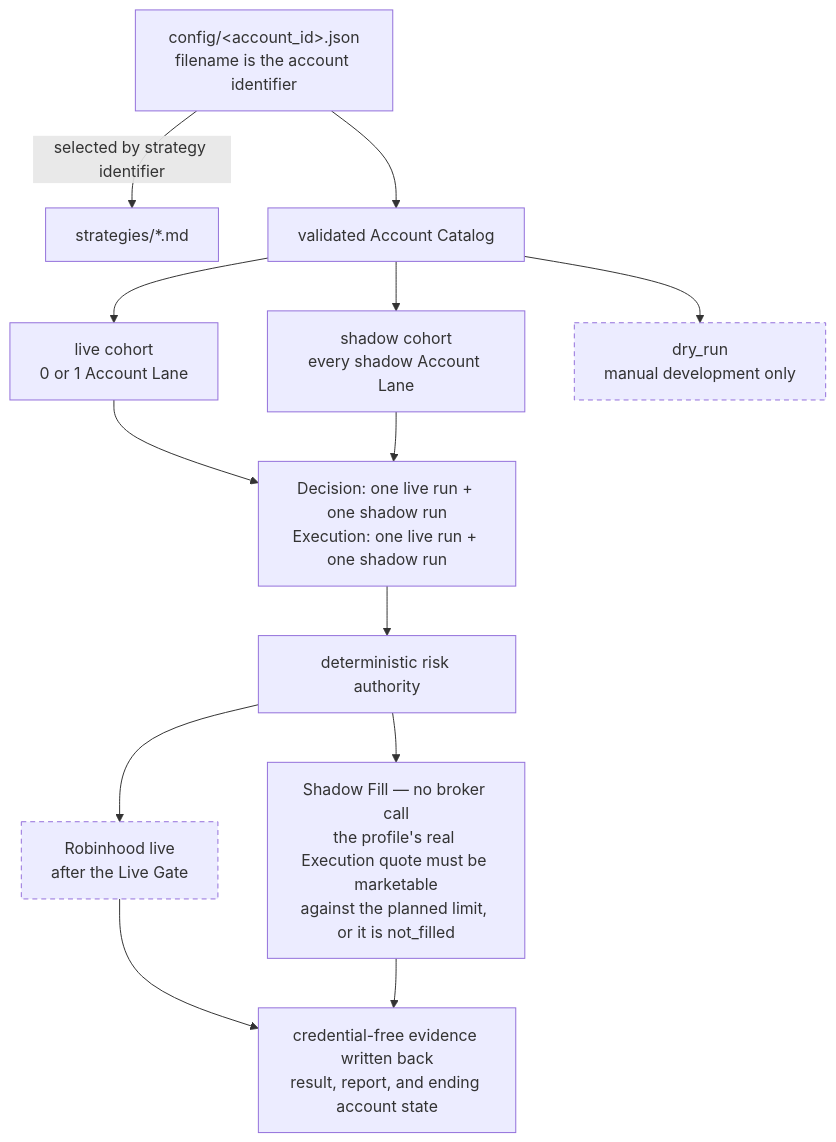
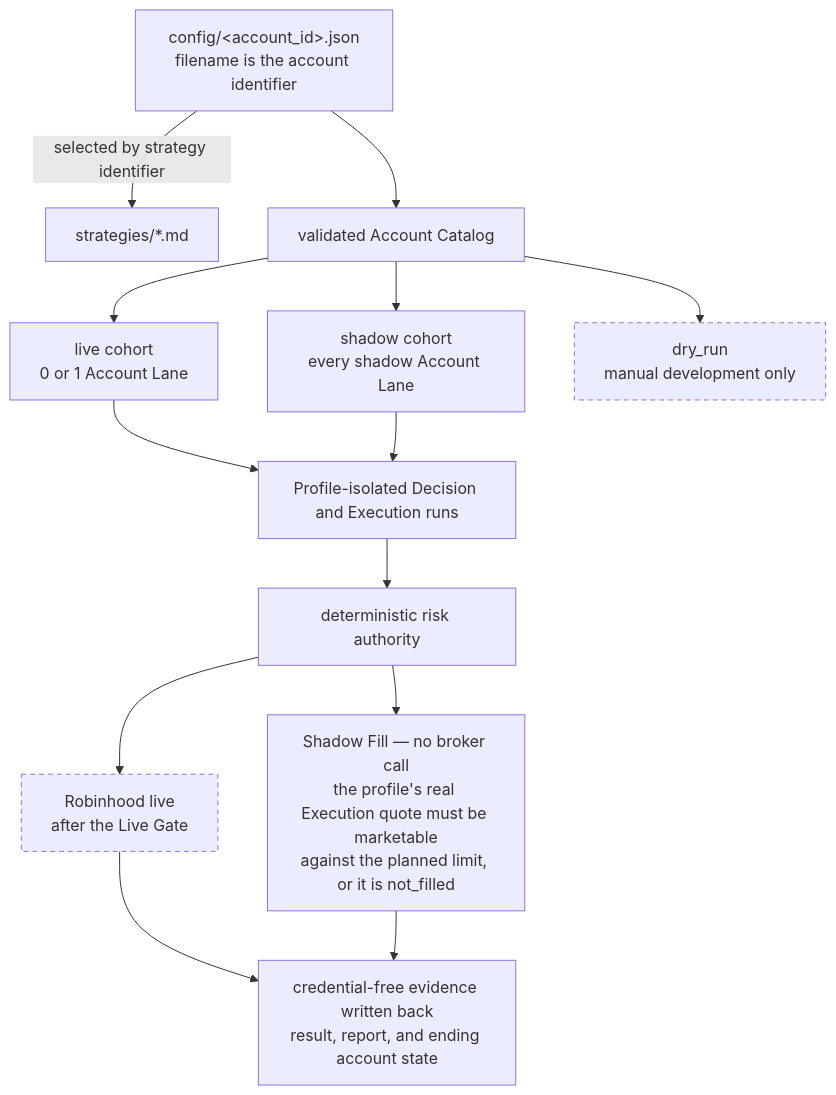
The diagram in PROPOSAL.md (Alicia1529/ripple-agentic-trading), drawn with Mermaid before and after one commit. The commit also changed other lines of this file and 13 other files, not shown here.

````diff
--- a/PROPOSAL.md
+++ b/PROPOSAL.md
@@ -18,26 +18,26 @@
 ```mermaid
 flowchart TD
     SPEC["strategies/*.md"]
     CFG["config/&lt;account_id&gt;.json<br/>filename is the account identifier"]
     CFG -->|"selected by strategy identifier"| SPEC
     CFG --> CAT["validated Account Catalog"]
 
     CAT --> LIVE["live cohort<br/>0 or 1 Account Lane"]
     CAT --> SHDW["shadow cohort<br/>every shadow Account Lane"]
     CAT --> DRY["dry_run<br/>manual development only"]
 
     LIVE --> RUNS
     SHDW --> RUNS
-    RUNS["Decision: one live run + one shadow run<br/>Execution: one live run + one shadow run"]
+    RUNS["Profile-isolated Decision and Execution runs"]
 
     RUNS --> RISK["deterministic risk authority"]
     RISK --> L["Robinhood live<br/>after the Live Gate"]
     RISK --> S["Shadow Fill — no broker call<br/>the profile's real Execution quote must be marketable<br/>against the planned limit, or it is not_filled"]
 
     L --> ST
     S --> ST
     ST["credential-free evidence written back<br/>result, report, and ending account state"]
 
     classDef gated stroke-dasharray: 5 4;
     class L,DRY gated;
 ```
````
